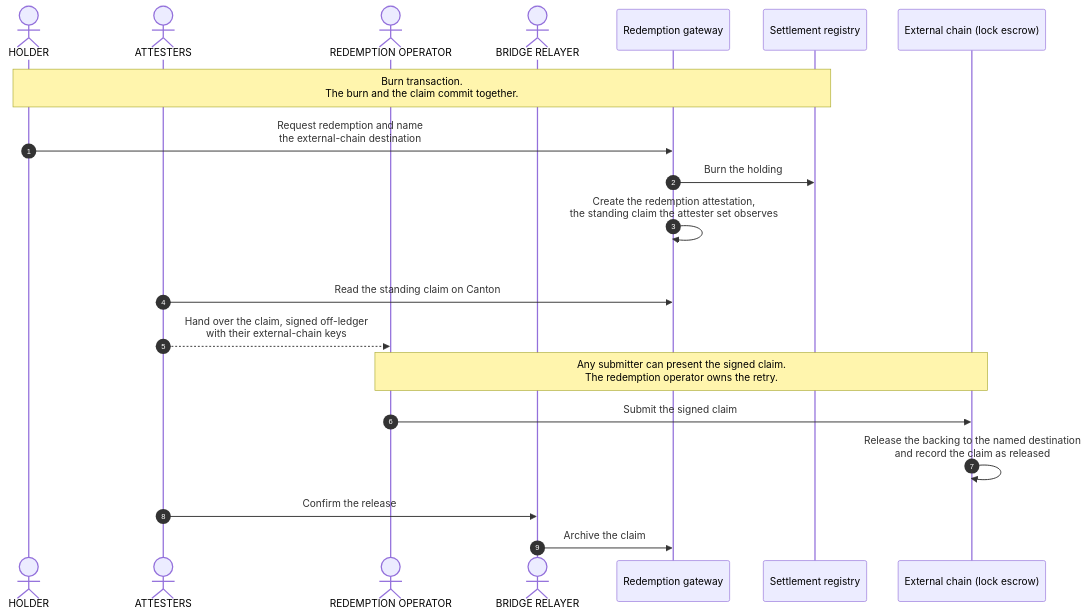
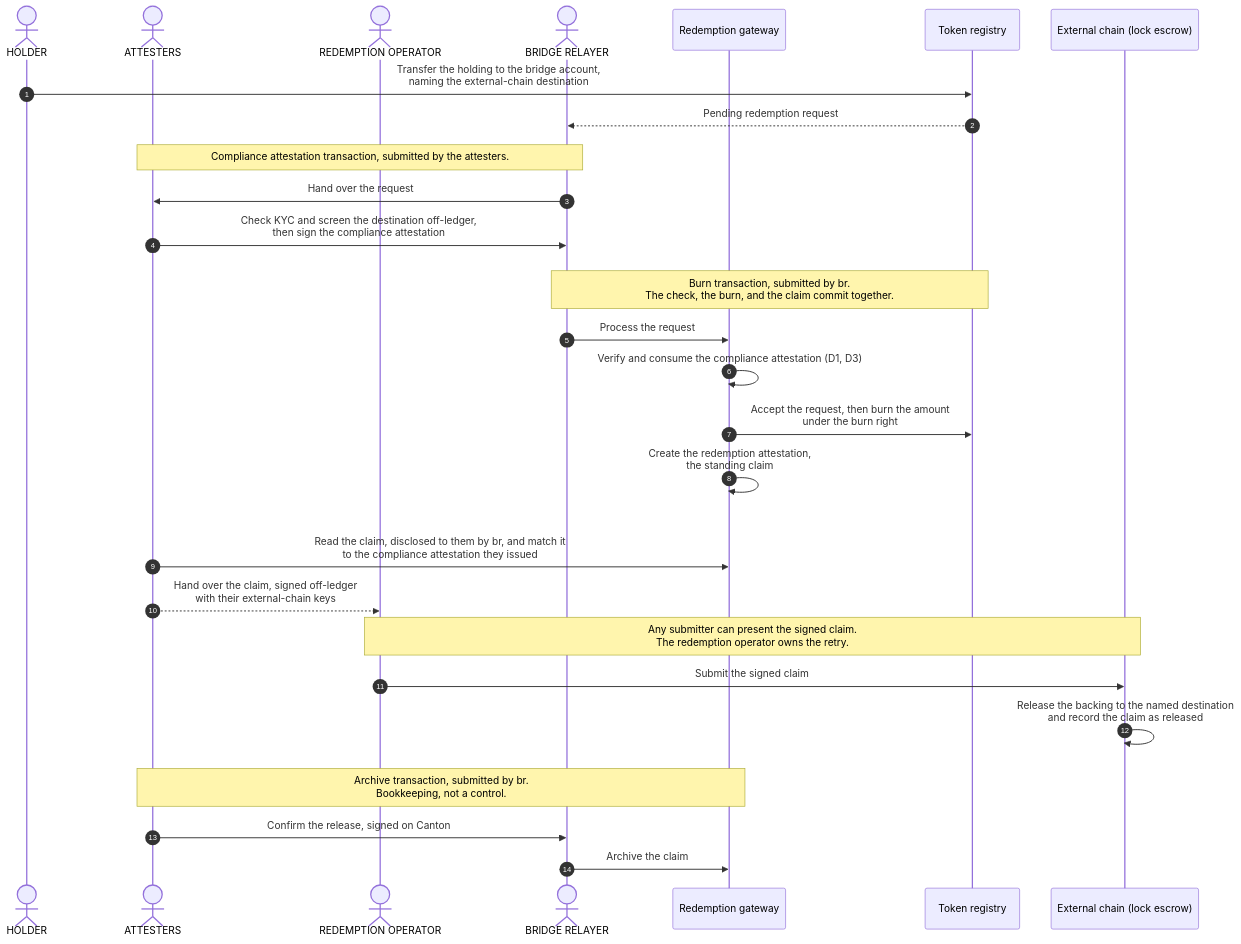
The third of 3 diagrams in docs/reference-architectures/cross-chain-stablecoin.md (OpenZeppelin/canton-specs), drawn with Mermaid before and after one commit. The commit also changed other lines of this file and 39 other files, not shown here.

````diff
--- a/docs/reference-architectures/cross-chain-stablecoin.md
+++ b/docs/reference-architectures/cross-chain-stablecoin.md
@@ -508,25 +666,36 @@
 ```mermaid
 sequenceDiagram
     autonumber
     actor Holder as HOLDER
     actor Attesters as ATTESTERS
     actor Operator as REDEMPTION OPERATOR
     actor Relayer as BRIDGE RELAYER
     participant Redeem as Redemption gateway
-    participant Registry as Settlement registry
+    participant Registry as Token registry
     participant Chain as External chain (lock escrow)
 
+    Holder->>Registry: Transfer the holding to the bridge account,<br/>naming the external-chain destination
+    Registry-->>Relayer: Pending redemption request
     rect rgba(255, 255, 255, .1)
-        Note over Holder,Registry: Burn transaction.<br/>The burn and the claim commit together.
-        Holder->>Redeem: Request redemption and name<br/>the external-chain destination
-        Redeem->>Registry: Burn the holding
-        Redeem->>Redeem: Create the redemption attestation,<br/>the standing claim the attester set observes
+        Note over Attesters,Relayer: Compliance attestation transaction, submitted by the attesters.
+        Relayer->>Attesters: Hand over the request
+        Attesters->>Relayer: Check KYC and screen the destination off-ledger,<br/>then sign the compliance attestation
     end
-    Attesters->>Redeem: Read the standing claim on Canton
+    rect rgba(255, 255, 255, .1)
+        Note over Relayer,Registry: Burn transaction, submitted by br.<br/>The check, the burn, and the claim commit together.
+        Relayer->>Redeem: Process the request
+        Redeem->>Redeem: Verify and consume the compliance attestation (D1, D3)
+        Redeem->>Registry: Accept the request, then burn the amount<br/>under the burn right
+        Redeem->>Redeem: Create the redemption attestation,<br/>the standing claim
+    end
+    Attesters->>Redeem: Read the claim, disclosed to them by br, and match it<br/>to the compliance attestation they issued
     Attesters-->>Operator: Hand over the claim, signed off-ledger<br/>with their external-chain keys
     Note over Operator,Chain: Any submitter can present the signed claim.<br/>The redemption operator owns the retry.
     Operator->>Chain: Submit the signed claim
     Chain->>Chain: Release the backing to the named destination<br/>and record the claim as released
-    Attesters->>Relayer: Confirm the release
-    Relayer->>Redeem: Archive the claim
+    rect rgba(255, 255, 255, .1)
+        Note over Attesters,Redeem: Archive transaction, submitted by br.<br/>Bookkeeping, not a control.
+        Attesters->>Relayer: Confirm the release, signed on Canton
+        Relayer->>Redeem: Archive the claim
+    end
 ```
````
